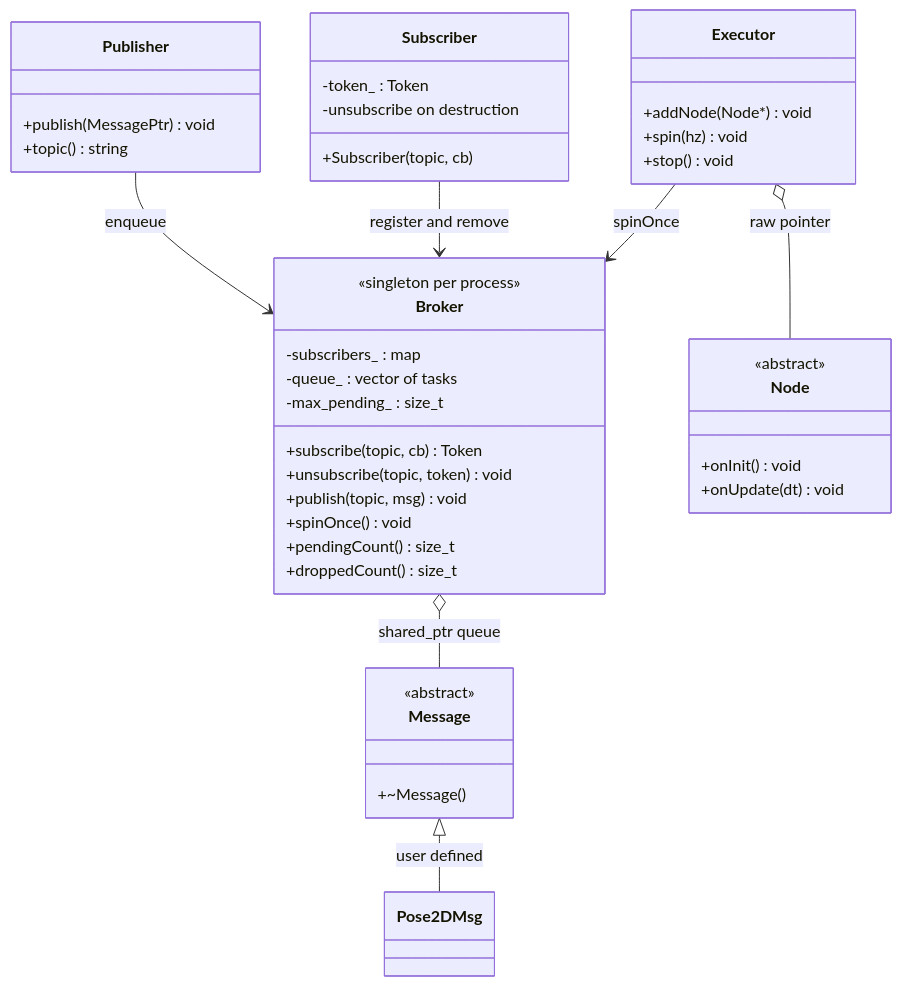
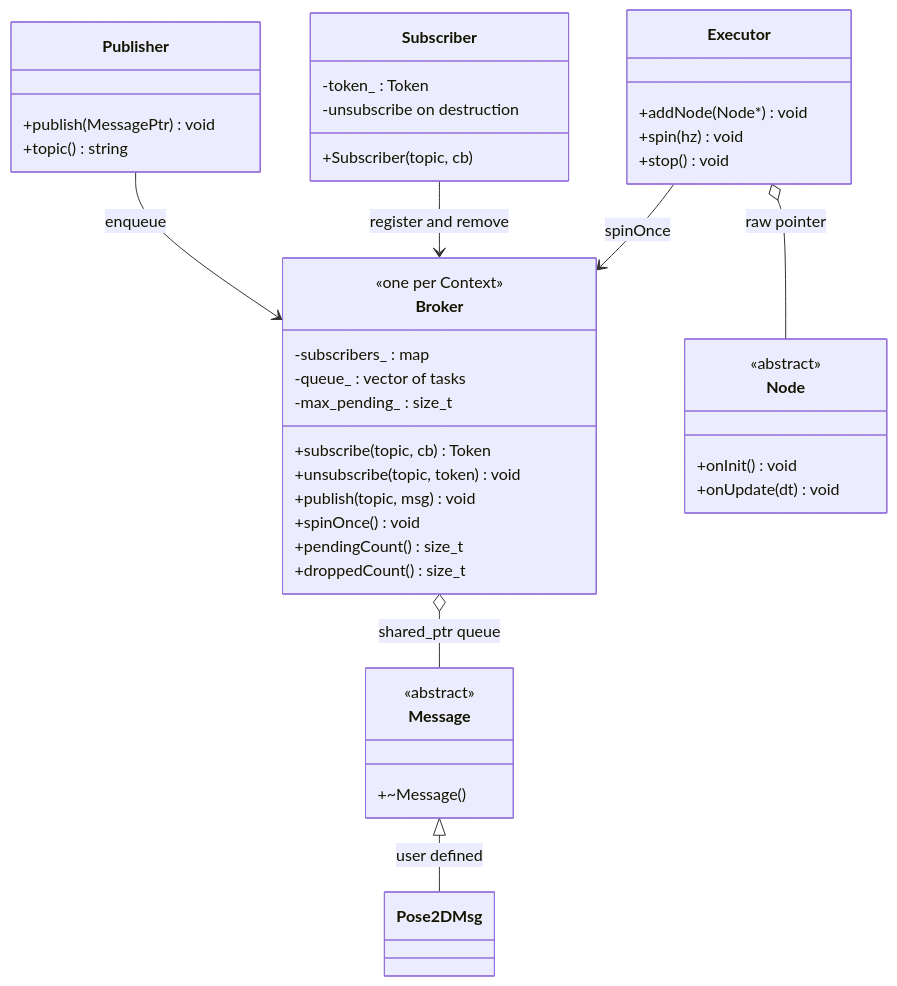
The third of 10 diagrams in docs/architecture.md (Blacklotus89898/InHouseROS), drawn with Mermaid before and after one commit. The commit also changed other lines of this file and 30 other files, not shown here.

````diff
--- a/docs/architecture.md
+++ b/docs/architecture.md
@@ -84,50 +84,50 @@
 ```mermaid
 classDiagram
     class Message {
         <<abstract>>
         +~Message()
     }
 
     class Broker {
-        <<singleton per process>>
+        <<one per Context>>
         +subscribe(topic, cb) Token
         +unsubscribe(topic, token) void
         +publish(topic, msg) void
         +spinOnce() void
         +pendingCount() size_t
         +droppedCount() size_t
         -subscribers_ : map
         -queue_ : vector of tasks
         -max_pending_ : size_t
     }
 
     class Publisher {
         +publish(MessagePtr) void
         +topic() string
     }
 
     class Subscriber {
         +Subscriber(topic, cb)
         -token_ : Token
         -unsubscribe on destruction
     }
 
     class Executor {
         +addNode(Node*) void
         +spin(hz) void
         +stop() void
     }
 
     class Node {
         <<abstract>>
         +onInit() void
         +onUpdate(dt) void
     }
 
     Message <|-- Pose2DMsg : user defined
     Publisher --> Broker : enqueue
     Subscriber --> Broker : register and remove
     Broker o-- Message : shared_ptr queue
     Executor --> Broker : spinOnce
     Executor o-- Node : raw pointer
 ```
````
